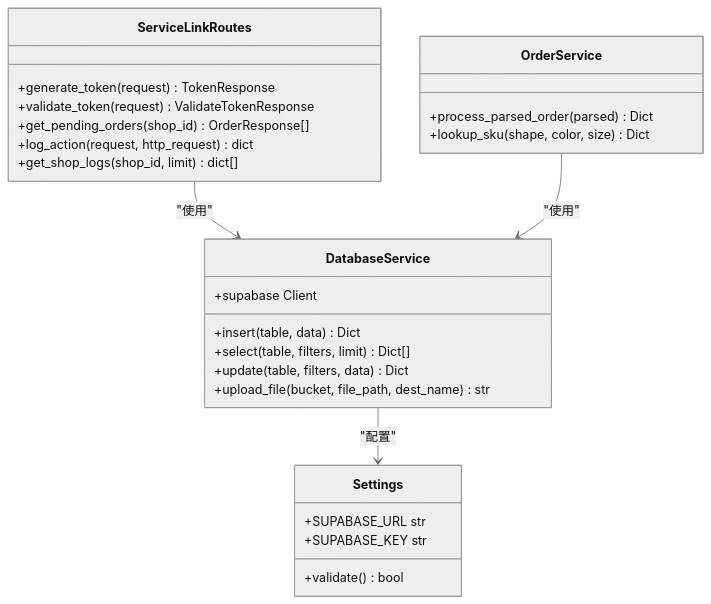
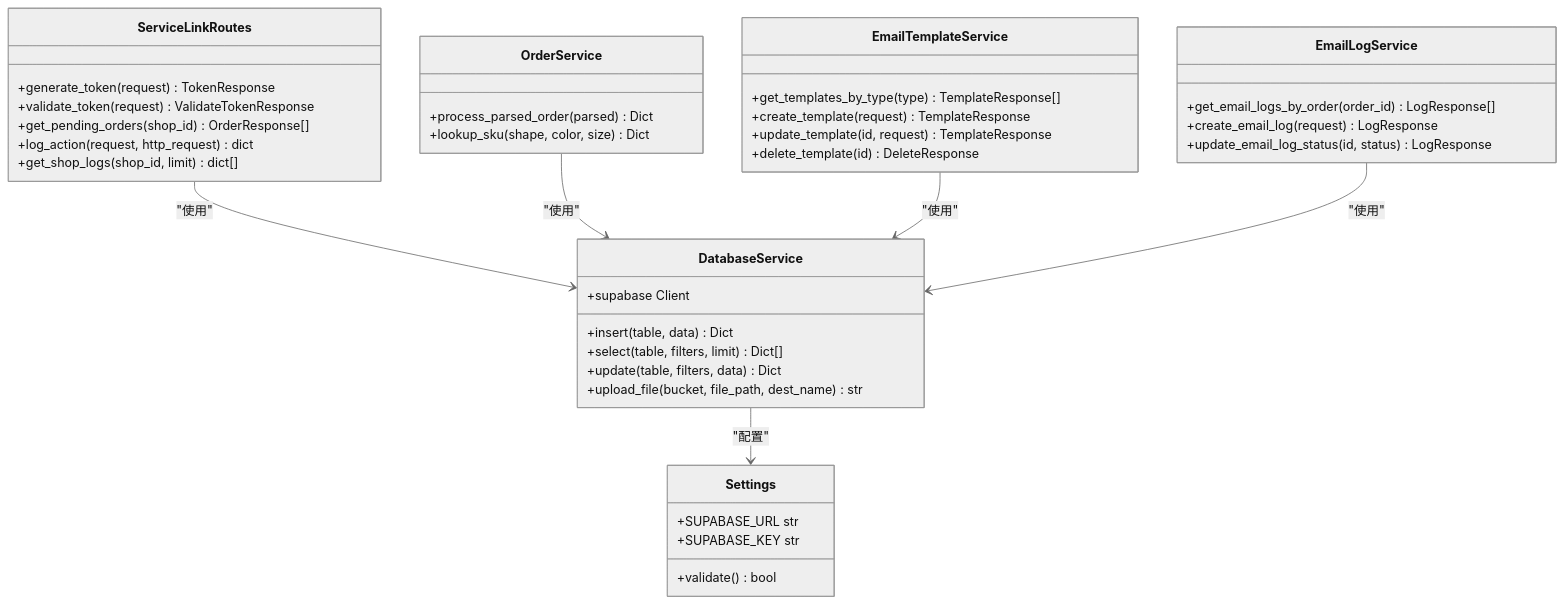
One commit to SY6621/POD-Order-Management changed the second of 13 diagrams in .qoder/repowiki/zh/content/开发指南/客服外链双链接系统.md. Above: the diagram before and after it, drawn with Mermaid (neutral theme). The commit also changed other lines of this file and 7 other files, not shown here.

````diff
--- a/.qoder/repowiki/zh/content/开发指南/客服外链双链接系统.md
+++ b/.qoder/repowiki/zh/content/开发指南/客服外链双链接系统.md
@@ -149,29 +171,42 @@
 ```mermaid
 classDiagram
 class ServiceLinkRoutes {
 +generate_token(request) TokenResponse
 +validate_token(request) ValidateTokenResponse
 +get_pending_orders(shop_id) OrderResponse[]
 +log_action(request, http_request) dict
 +get_shop_logs(shop_id, limit) dict[]
 }
 class DatabaseService {
 +supabase Client
 +insert(table, data) Dict
 +select(table, filters, limit) Dict[]
 +update(table, filters, data) Dict
 +upload_file(bucket, file_path, dest_name) str
 }
 class OrderService {
 +process_parsed_order(parsed) Dict
 +lookup_sku(shape, color, size) Dict
 }
+class EmailTemplateService {
++get_templates_by_type(type) TemplateResponse[]
++create_template(request) TemplateResponse
++update_template(id, request) TemplateResponse
++delete_template(id) DeleteResponse
+}
+class EmailLogService {
++get_email_logs_by_order(order_id) LogResponse[]
++create_email_log(request) LogResponse
++update_email_log_status(id, status) LogResponse
+}
 class Settings {
 +SUPABASE_URL str
 +SUPABASE_KEY str
 +validate() bool
 }
 ServiceLinkRoutes --> DatabaseService : "使用"
 OrderService --> DatabaseService : "使用"
+EmailTemplateService --> DatabaseService : "使用"
+EmailLogService --> DatabaseService : "使用"
 DatabaseService --> Settings : "配置"
 ```
````
